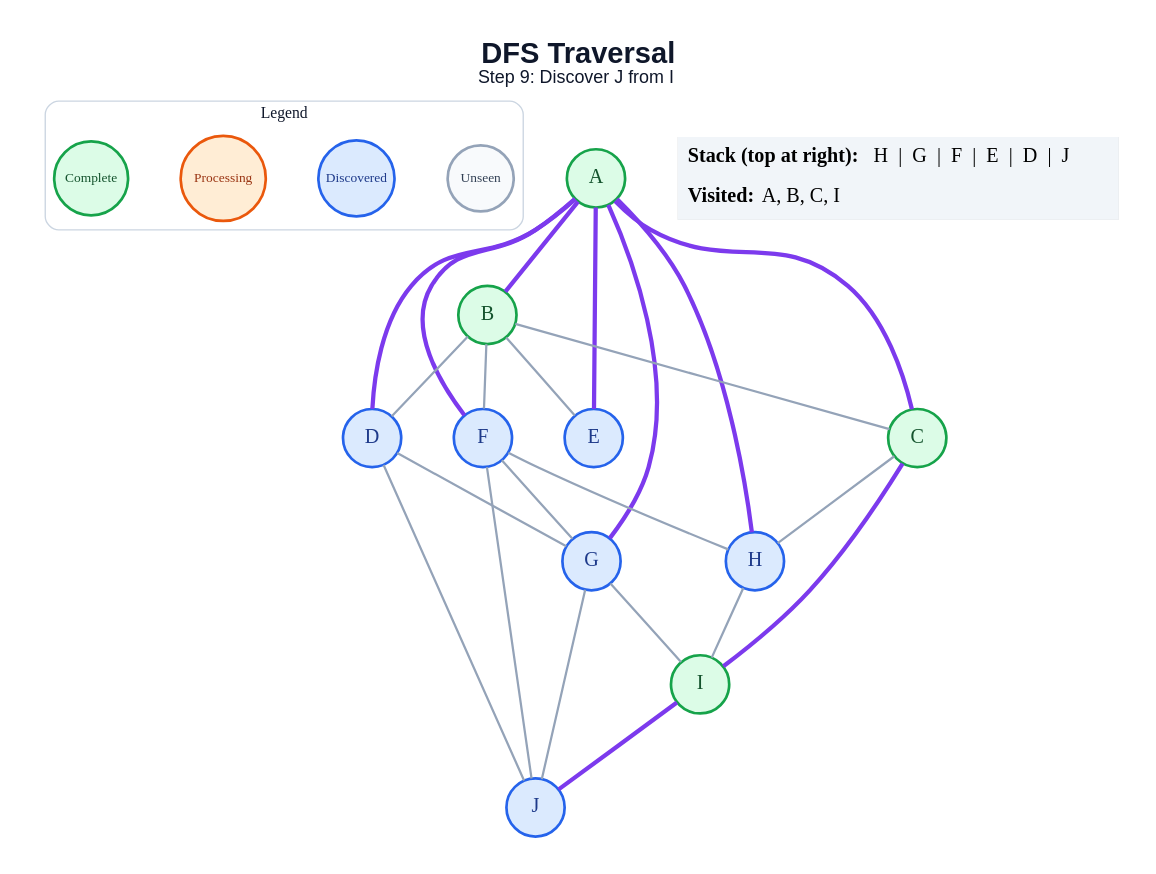
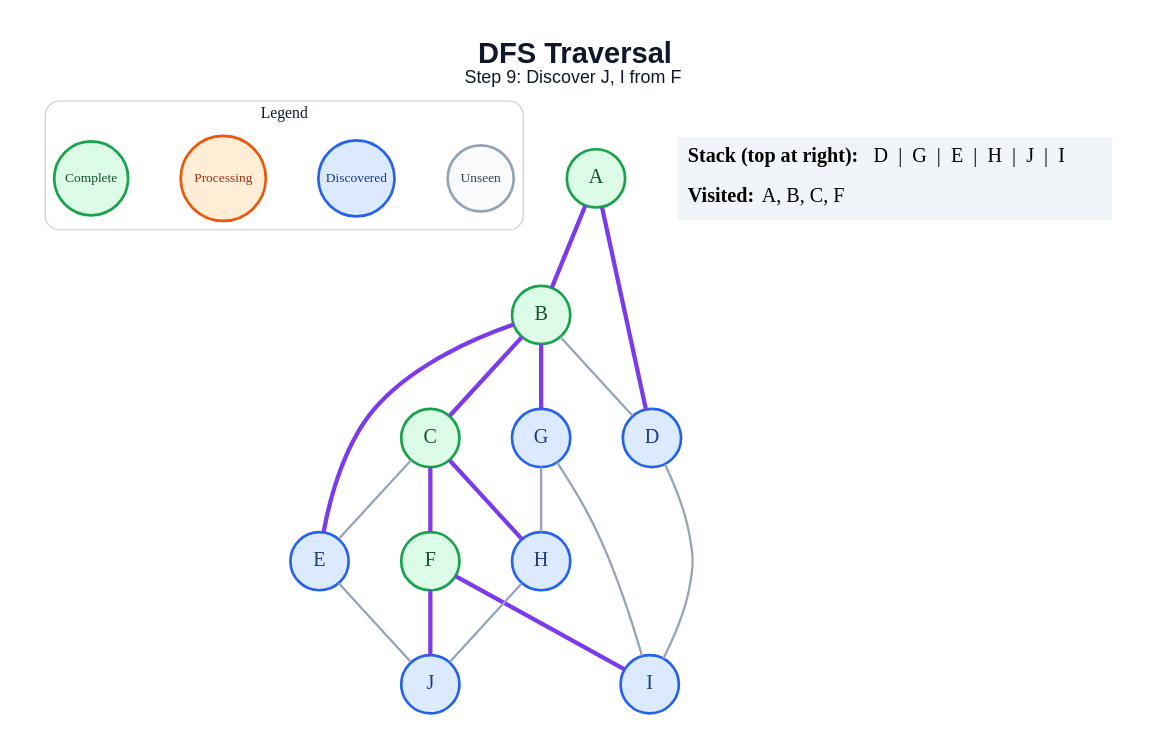
The diagram in generated/dfs/step_09.dot (amanghodawala9/ai-slop), drawn with Graphviz before and after one commit. The commit also changed 178 other files, not shown here.

```diff
--- a/generated/dfs/step_09.dot
+++ b/generated/dfs/step_09.dot
@@ -1,51 +1,45 @@
 graph traversal {
   graph [layout=dot, rankdir=TB, bgcolor="#FFFFFF", pad="0.35", nodesep="0.65", ranksep="0.8", fontname="Arial"];
   node [shape=circle, style="filled", fontname="Arial Bold", fontsize=18, width=0.72, fixedsize=true, penwidth=2.4];
   edge [color="#94A3B8", penwidth=2.0];
-  label=<<B>DFS Traversal</B><BR/><FONT POINT-SIZE="16">Step 9: Discover J from I</FONT>>; labelloc="t"; fontsize=26; fontname="Arial"; fontcolor="#0F172A";
+  label=<<B>DFS Traversal</B><BR/><FONT POINT-SIZE="16">Step 9: Discover J, I from F</FONT>>; labelloc="t"; fontsize=26; fontname="Arial"; fontcolor="#0F172A";
   subgraph cluster_legend { label="Legend"; color="#CBD5E1"; penwidth=1.2; style="rounded"; fontsize=14; fontname="Arial Bold";
     key_unseen [label="Unseen", fillcolor="#F8FAFC", color="#94A3B8", fontcolor="#334155", fontsize=12, width=0.82];
     key_frontier [label="Discovered", fillcolor="#DBEAFE", color="#2563EB", fontcolor="#1E3A8A", fontsize=12, width=0.95];
     key_current [label="Processing", fillcolor="#FFEDD5", color="#EA580C", fontcolor="#9A3412", fontsize=12, width=1.05];
     key_done [label="Complete", fillcolor="#DCFCE7", color="#16A34A", fontcolor="#14532D", fontsize=12, width=0.92];
     { rank=same; key_unseen; key_frontier; key_current; key_done; }
   }
   A [fillcolor="#DCFCE7", color="#16A34A", fontcolor="#14532D"];
   B [fillcolor="#DCFCE7", color="#16A34A", fontcolor="#14532D"];
   C [fillcolor="#DCFCE7", color="#16A34A", fontcolor="#14532D"];
   D [fillcolor="#DBEAFE", color="#2563EB", fontcolor="#1E3A8A"];
   E [fillcolor="#DBEAFE", color="#2563EB", fontcolor="#1E3A8A"];
-  F [fillcolor="#DBEAFE", color="#2563EB", fontcolor="#1E3A8A"];
+  F [fillcolor="#DCFCE7", color="#16A34A", fontcolor="#14532D"];
   G [fillcolor="#DBEAFE", color="#2563EB", fontcolor="#1E3A8A"];
   H [fillcolor="#DBEAFE", color="#2563EB", fontcolor="#1E3A8A"];
-  I [fillcolor="#DCFCE7", color="#16A34A", fontcolor="#14532D"];
+  I [fillcolor="#DBEAFE", color="#2563EB", fontcolor="#1E3A8A"];
   J [fillcolor="#DBEAFE", color="#2563EB", fontcolor="#1E3A8A"];
   A -- B [color="#7C3AED", penwidth=3.8];
-  A -- C [color="#7C3AED", penwidth=3.8];
   A -- D [color="#7C3AED", penwidth=3.8];
-  A -- E [color="#7C3AED", penwidth=3.8];
-  A -- F [color="#7C3AED", penwidth=3.8];
-  A -- G [color="#7C3AED", penwidth=3.8];
-  A -- H [color="#7C3AED", penwidth=3.8];
-  B -- C;
+  B -- C [color="#7C3AED", penwidth=3.8];
   B -- D;
-  B -- E;
-  B -- F;
-  C -- H;
-  C -- I [color="#7C3AED", penwidth=3.8];
-  D -- G;
-  D -- J;
-  F -- G;
-  F -- H;
-  F -- J;
+  B -- E [color="#7C3AED", penwidth=3.8];
+  B -- G [color="#7C3AED", penwidth=3.8];
+  C -- E;
+  C -- F [color="#7C3AED", penwidth=3.8];
+  C -- H [color="#7C3AED", penwidth=3.8];
+  D -- I;
+  E -- J;
+  F -- I [color="#7C3AED", penwidth=3.8];
+  F -- J [color="#7C3AED", penwidth=3.8];
+  G -- H;
   G -- I;
-  G -- J;
-  H -- I;
-  I -- J [color="#7C3AED", penwidth=3.8];
+  H -- J;
   status [shape=plain, fixedsize=false, width=0, height=0, margin=0, label=<
     <TABLE BORDER="0" CELLBORDER="0" CELLPADDING="7" BGCOLOR="#F1F5F9">
-      <TR><TD ALIGN="LEFT"><B>Stack (top at right):</B> H  |  G  |  F  |  E  |  D  |  J</TD></TR>
-      <TR><TD ALIGN="LEFT"><B>Visited:</B> A, B, C, I</TD></TR>
+      <TR><TD ALIGN="LEFT"><B>Stack (top at right):</B> D  |  G  |  E  |  H  |  J  |  I</TD></TR>
+      <TR><TD ALIGN="LEFT"><B>Visited:</B> A, B, C, F</TD></TR>
     </TABLE>
   >];
 }
```
